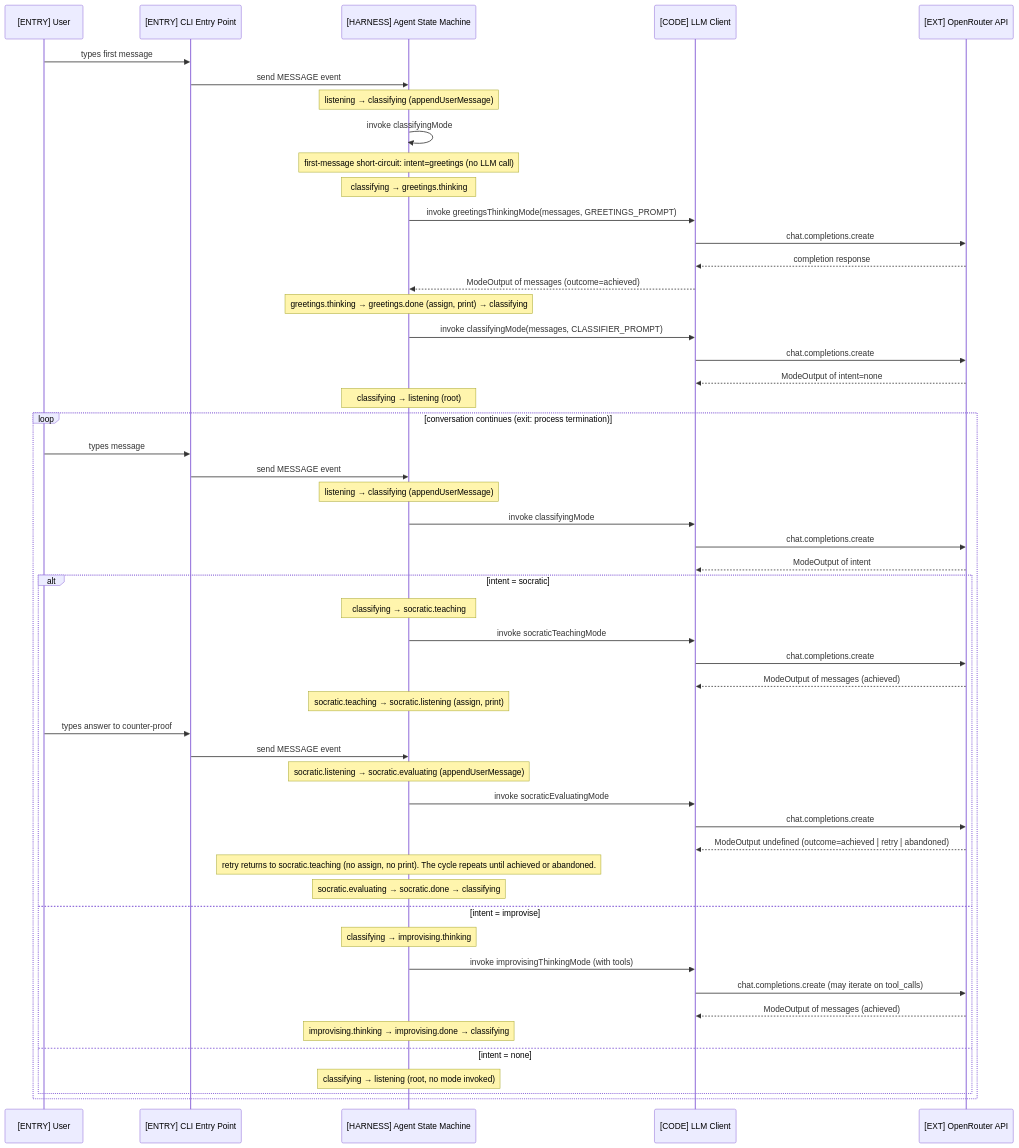
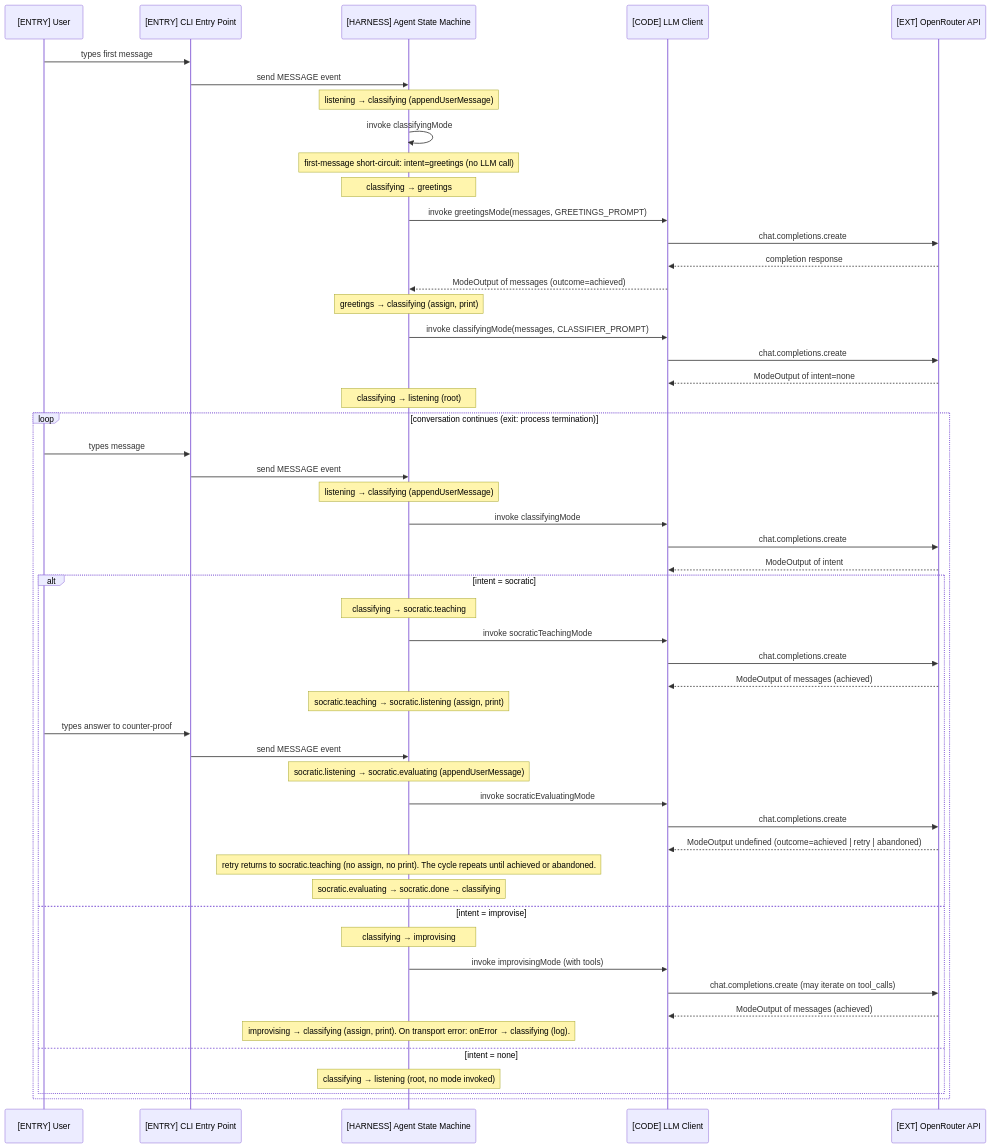
One commit to EduardoRenani/ai-agent-xstate changed the diagram in docs/architecture/c4/flows/user-chat.mmd. Above: the diagram before and after it, drawn with Mermaid. The commit also changed 2 other files, not shown here.

Commit message:
docs(arch): flatten greetings + improvising in mermaid sources
The README mermaid blocks are generated from docs/architecture/*.mmd via
the pre-commit sync. The prior commit's manual README edits were reverted
by that sync because the .mmd sources still described the compound shape.

Update the actual sources: user-chat.mmd (sequence) and agent.mmd (state
diagram) now show greetings/improvising as leaf modes routing straight to
classifying, with improvising's onError → classifying recovery path.

```diff
--- a/docs/architecture/c4/flows/user-chat.mmd
+++ b/docs/architecture/c4/flows/user-chat.mmd
@@ -1,61 +1,61 @@
 %% Spec: c4-doc.md
 %% Modo: incremental
 %% Atualizado: 2026-05-21
 %% Fonte: examples/zoe/src/index.ts, examples/zoe/src/machine.ts, examples/zoe/src/llm-client.ts, examples/zoe/src/states/*.ts
 sequenceDiagram
     participant user as [ENTRY] User
     participant cli as [ENTRY] CLI Entry Point
     participant machine as [HARNESS] Agent State Machine
     participant client as [CODE] LLM Client
     participant api as [EXT] OpenRouter API
 
     user->>cli: types first message
     cli->>machine: send MESSAGE event
     Note over machine: listening → classifying (appendUserMessage)
     machine->>machine: invoke classifyingMode
     Note over machine: first-message short-circuit: intent=greetings (no LLM call)
-    Note over machine: classifying → greetings.thinking
-    machine->>client: invoke greetingsThinkingMode(messages, GREETINGS_PROMPT)
+    Note over machine: classifying → greetings
+    machine->>client: invoke greetingsMode(messages, GREETINGS_PROMPT)
     client->>api: chat.completions.create
     api-->>client: completion response
     client-->>machine: ModeOutput of messages (outcome=achieved)
-    Note over machine: greetings.thinking → greetings.done (assign, print) → classifying
+    Note over machine: greetings → classifying (assign, print)
     machine->>client: invoke classifyingMode(messages, CLASSIFIER_PROMPT)
     client->>api: chat.completions.create
     api-->>client: ModeOutput of intent=none
     Note over machine: classifying → listening (root)
 
     loop conversation continues (exit: process termination)
         user->>cli: types message
         cli->>machine: send MESSAGE event
         Note over machine: listening → classifying (appendUserMessage)
         machine->>client: invoke classifyingMode
         client->>api: chat.completions.create
         api-->>client: ModeOutput of intent
 
         alt intent = socratic
             Note over machine: classifying → socratic.teaching
             machine->>client: invoke socraticTeachingMode
             client->>api: chat.completions.create
             api-->>client: ModeOutput of messages (achieved)
             Note over machine: socratic.teaching → socratic.listening (assign, print)
             user->>cli: types answer to counter-proof
             cli->>machine: send MESSAGE event
             Note over machine: socratic.listening → socratic.evaluating (appendUserMessage)
             machine->>client: invoke socraticEvaluatingMode
             client->>api: chat.completions.create
             api-->>client: ModeOutput undefined (outcome=achieved | retry | abandoned)
             Note over machine: retry returns to socratic.teaching (no assign, no print). The cycle repeats until achieved or abandoned.
             Note over machine: socratic.evaluating → socratic.done → classifying
 
         else intent = improvise
-            Note over machine: classifying → improvising.thinking
-            machine->>client: invoke improvisingThinkingMode (with tools)
+            Note over machine: classifying → improvising
+            machine->>client: invoke improvisingMode (with tools)
             client->>api: chat.completions.create (may iterate on tool_calls)
             api-->>client: ModeOutput of messages (achieved)
-            Note over machine: improvising.thinking → improvising.done → classifying
+            Note over machine: improvising → classifying (assign, print). On transport error: onError → classifying (log).
 
         else intent = none
             Note over machine: classifying → listening (root, no mode invoked)
         end
     end
```
